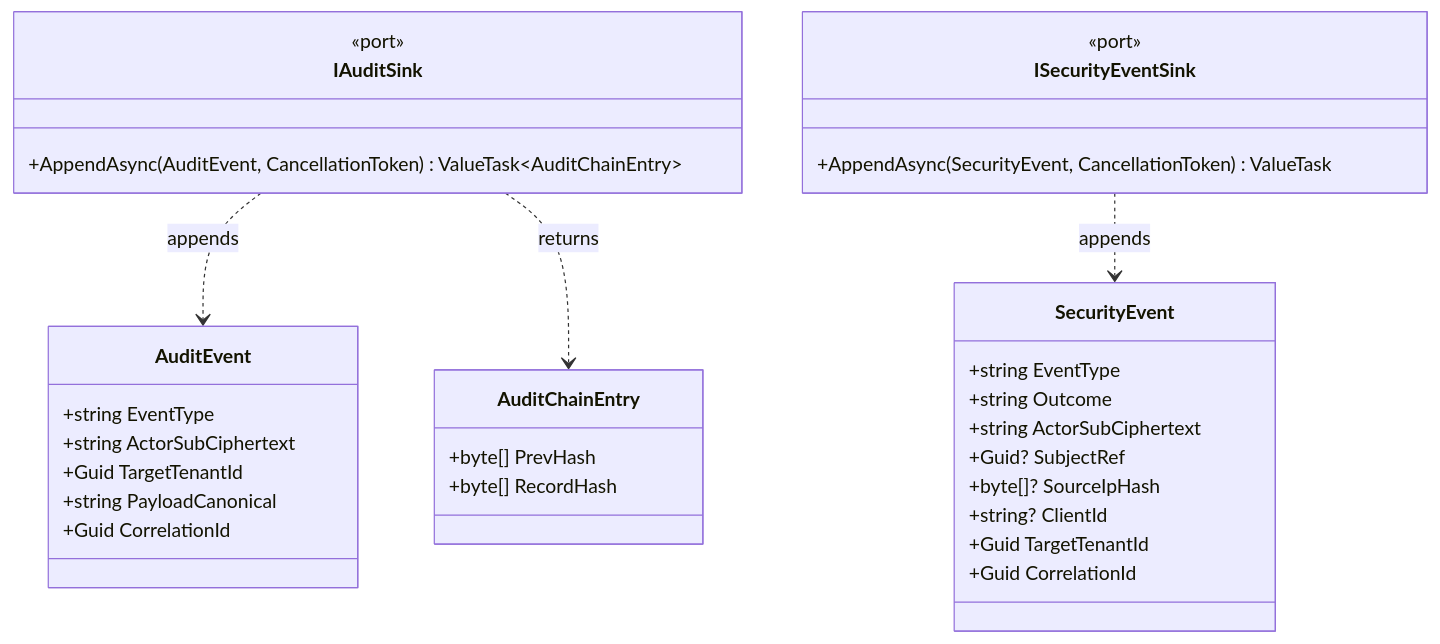
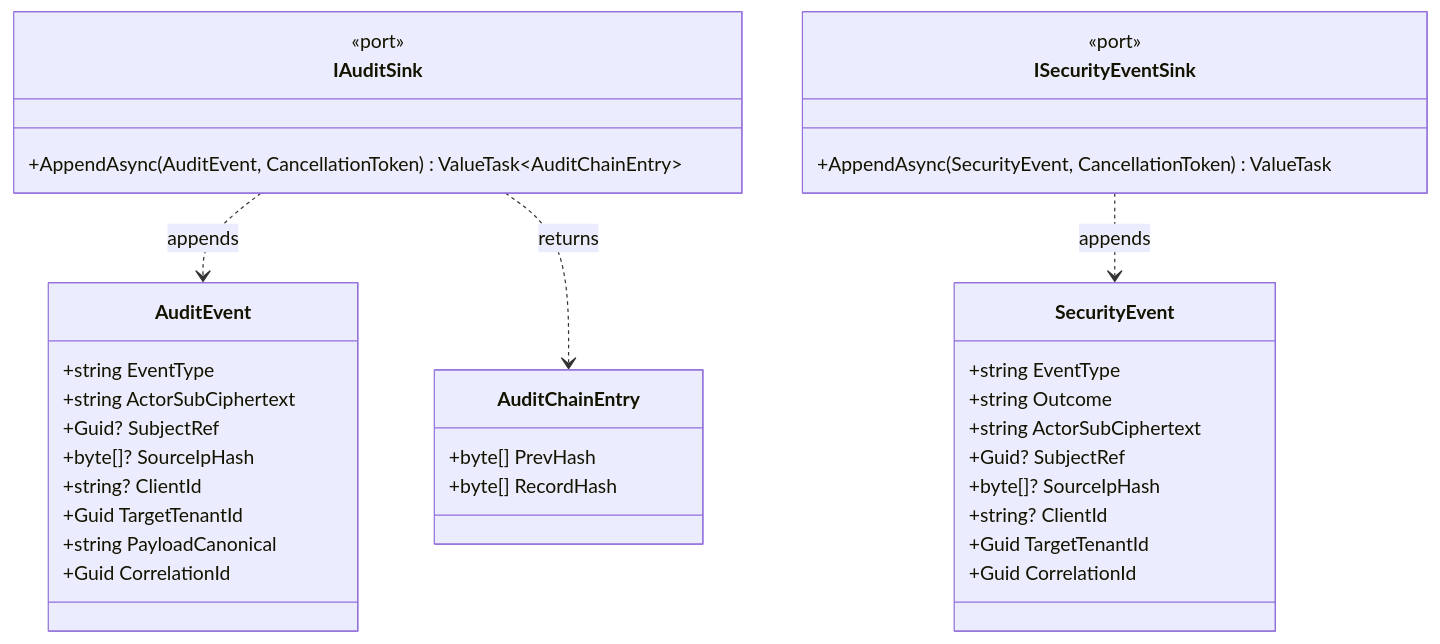
One commit to namphuongtran/nami changed the first of 4 diagrams in docs/design/03-audit.md. Above: the diagram before and after it, drawn with Mermaid. The commit also changed other lines of this file and 3 other files, not shown here.

````diff
--- a/docs/design/03-audit.md
+++ b/docs/design/03-audit.md
@@ -57,35 +57,38 @@
 ```mermaid
 classDiagram
   class IAuditSink {
     <<port>>
     +AppendAsync(AuditEvent, CancellationToken) ValueTask~AuditChainEntry~
   }
   class ISecurityEventSink {
     <<port>>
     +AppendAsync(SecurityEvent, CancellationToken) ValueTask
   }
   class AuditEvent {
     +string EventType
     +string ActorSubCiphertext
+    +Guid? SubjectRef
+    +byte[]? SourceIpHash
+    +string? ClientId
     +Guid TargetTenantId
     +string PayloadCanonical
     +Guid CorrelationId
   }
   class SecurityEvent {
     +string EventType
     +string Outcome
     +string ActorSubCiphertext
     +Guid? SubjectRef
     +byte[]? SourceIpHash
     +string? ClientId
     +Guid TargetTenantId
     +Guid CorrelationId
   }
   class AuditChainEntry {
     +byte[] PrevHash
     +byte[] RecordHash
   }
   IAuditSink ..> AuditEvent : appends
   IAuditSink ..> AuditChainEntry : returns
   ISecurityEventSink ..> SecurityEvent : appends
 ```
````
